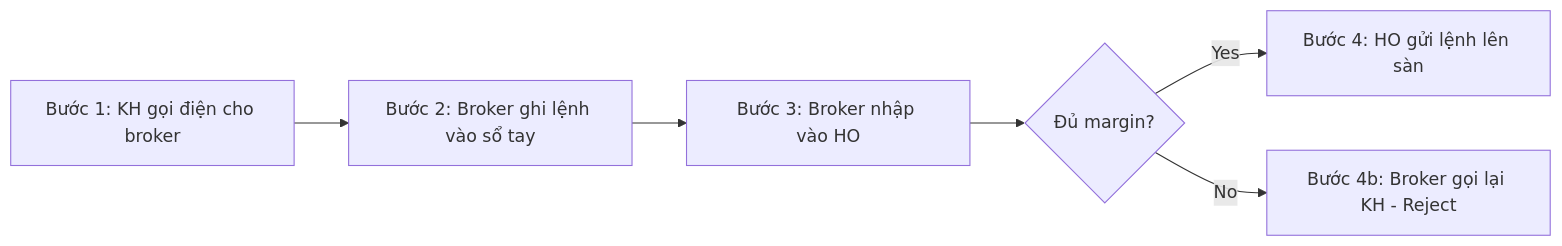
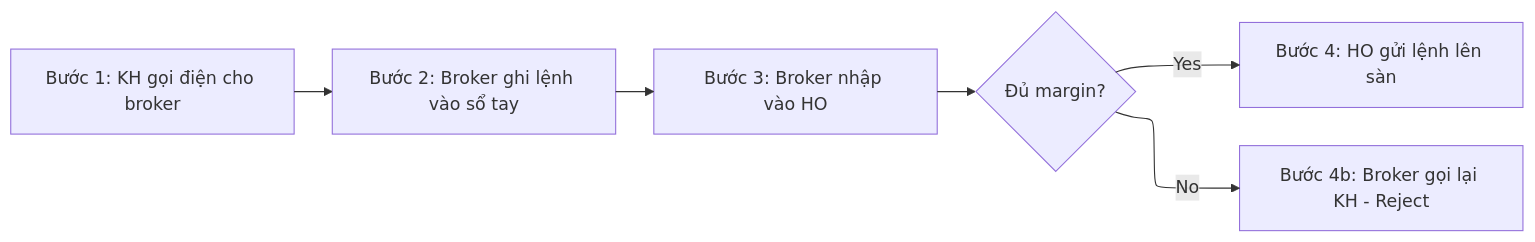
The first of 7 diagrams in skills/ba-process-modeling/SKILL.md (quangnt2697/Agent-skills), drawn with Mermaid before and after one commit. The commit also changed other lines of this file and 6 other files, not shown here.

Commit message:
fix mermaid render rules

````diff
--- a/skills/ba-process-modeling/SKILL.md
+++ b/skills/ba-process-modeling/SKILL.md
@@ -172,15 +174,14 @@
 ```mermaid
+%%{init: {"flowchart": {"defaultRenderer": "elk"}}}%%
 flowchart LR
     A["Bước 1: KH gọi điện cho broker"]
     B["Bước 2: Broker ghi lệnh vào sổ tay"]
     C["Bước 3: Broker nhập vào HO"]
     D{"Đủ margin?"}
     E["Bước 4: HO gửi lệnh lên sàn"]
     F["Bước 4b: Broker gọi lại KH - Reject"]
 
-    A --> B
-    B --> C
-    C --> D
+    A --> B --> C --> D
     D -->|Yes| E
     D -->|No| F
 ```
````
